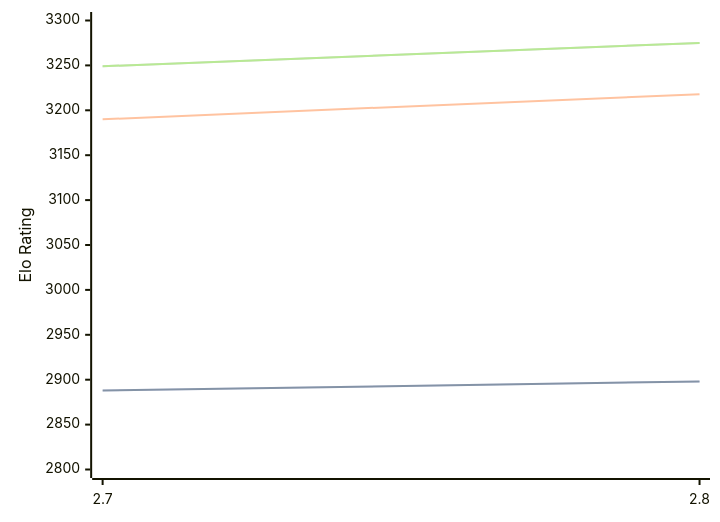
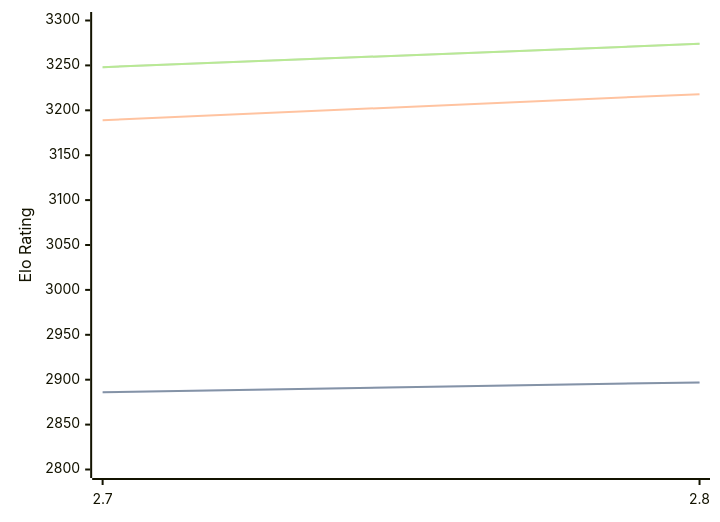
Before and after one commit to computer-chess-index/cci: the diagram in engines/Arcanum.md, drawn with Mermaid. The commit also changed other lines of this file, not shown here.

Commit message:
Update CCI Ratings (ELO VLTC) - 2026-06-07

````diff
--- a/engines/Arcanum.md
+++ b/engines/Arcanum.md
@@ -44,11 +44,11 @@
 ```mermaid
 %%{init: {"theme":"base","themeVariables":{"seriesColors:['#a3a3a3','#222221','#faa371']}}}%%
 xychart-beta
   x-axis ["2.7", "2.8"]
   y-axis "Elo Rating" 2800 --> 3300
-  line "STC (8.0+0.08s)" [2888, 2898]
-  line "STC (8.0+0.08s)" [2888, 2898]
-  line "LTC (60.0+0.60s)" [3190, 3218]
-  line "VLTC (2m24s+1.12s)" [3249, 3275]
-  line "VLTC (2m24s+1.12s)" [3249, 3275]
+  line "STC (8.0+0.08s)" [2886, 2897]
+  line "STC (8.0+0.08s)" [2886, 2897]
+  line "LTC (60.0+0.60s)" [3189, 3218]
+  line "VLTC (2m24s+1.12s)" [3248, 3274]
+  line "VLTC (2m24s+1.12s)" [3248, 3274]
 ```
````
